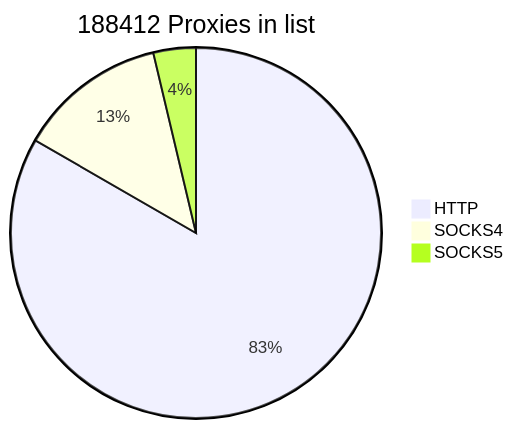
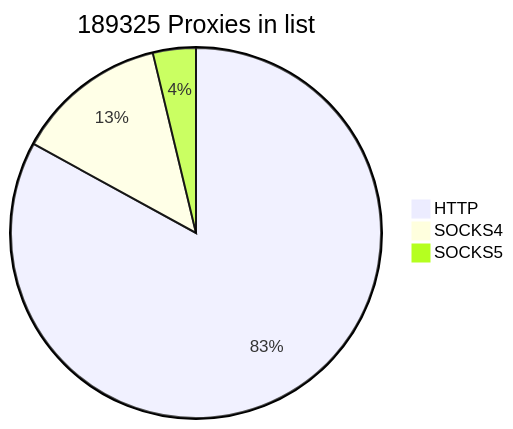
One commit to cutipu/proxylist changed the first of 2 diagrams in README.md. Above: the diagram before and after it, drawn with Mermaid. The commit also changed other lines of this file, not shown here.

````diff
--- a/README.md
+++ b/README.md
@@ -2,7 +2,7 @@
 ```mermaid
-pie title 188412 Proxies in list
-    "HTTP" : 156991
-    "SOCKS4" : 24438
-    "SOCKS5" : 6983
+pie title 189325 Proxies in list
+    "HTTP" : 157119
+    "SOCKS4" : 25108
+    "SOCKS5" : 7098
             
 ```
````
